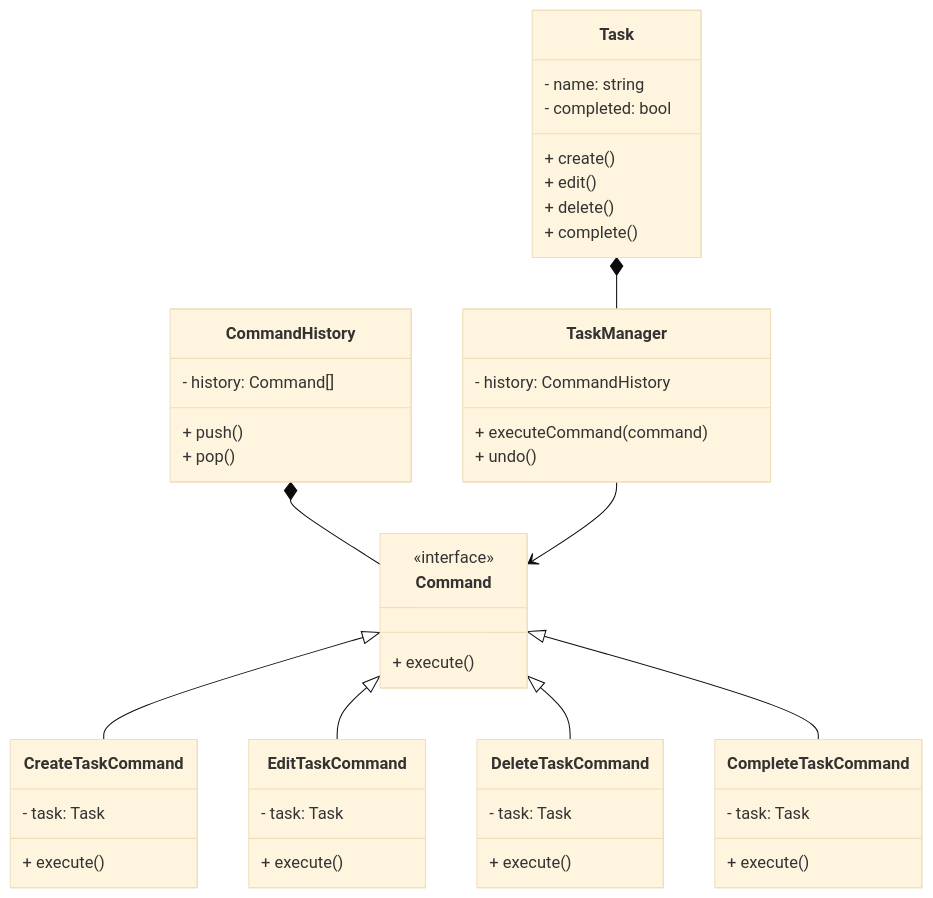
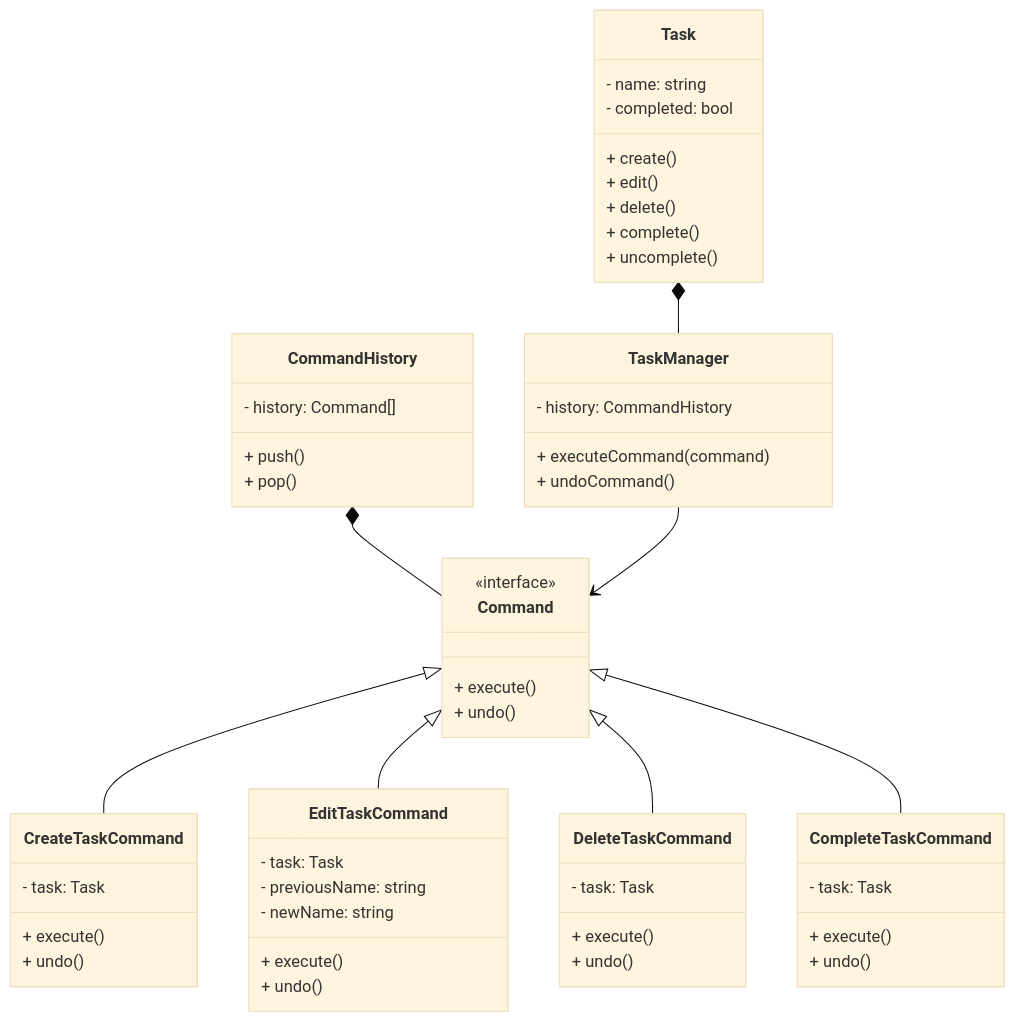
Before and after one commit to angelmendezunisabana/Diplomado_a_s_g6: the first of 4 diagrams in README.md, drawn with Mermaid (base theme). The commit also changed other lines of this file, not shown here.

Commit message:
Add methods to undo actions - case 1

````diff
--- a/README.md
+++ b/README.md
@@ -27,59 +31,66 @@
 ```mermaid
 classDiagram
     class Command {
 	    <<interface>>
         + execute()
+        + undo()
     }
 
     class CreateTaskCommand{
       - task: Task
       + execute()
+       + undo()
     }
 
     class EditTaskCommand{
       - task: Task
+      - previousName: string
+      - newName: string
       + execute()
-    } 
+       + undo()
+    }
 
     class DeleteTaskCommand{
       - task: Task
       + execute()
+       + undo()
     }
 
     class CompleteTaskCommand{
       - task: Task
       + execute()
+       + undo()
     }
 
     class CommandHistory{
       - history: Command[]
       + push()
       + pop()
     }
 
     class Task{
       - name: string
       - completed: bool
       + create()
       + edit()
       + delete()
       + complete()
+      + uncomplete()
     }
-
 
     class TaskManager{
       - history: CommandHistory
       + executeCommand(command)
-      + undo()
+      + undoCommand()
     }
 
     Command <|-- CreateTaskCommand
     Command <|-- EditTaskCommand
     Command <|-- DeleteTaskCommand
     Command <|-- CompleteTaskCommand
     CommandHistory *-- Command
     TaskManager --> Command
     Task *-- TaskManager
 
 
-```    
+```
````
